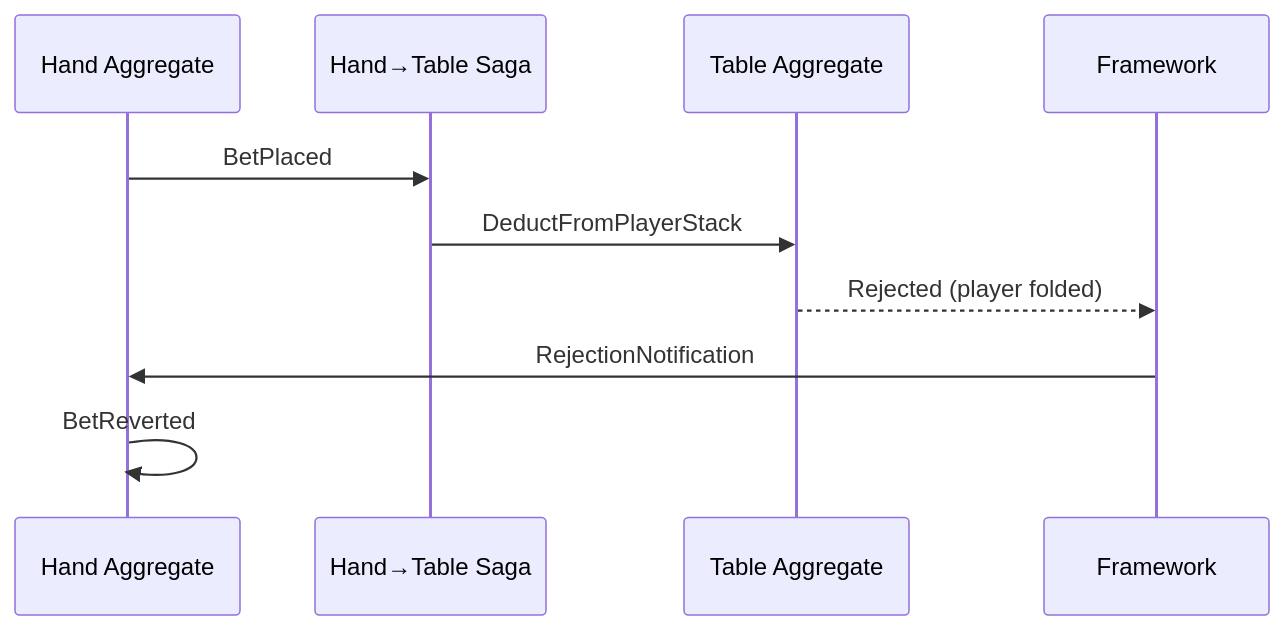
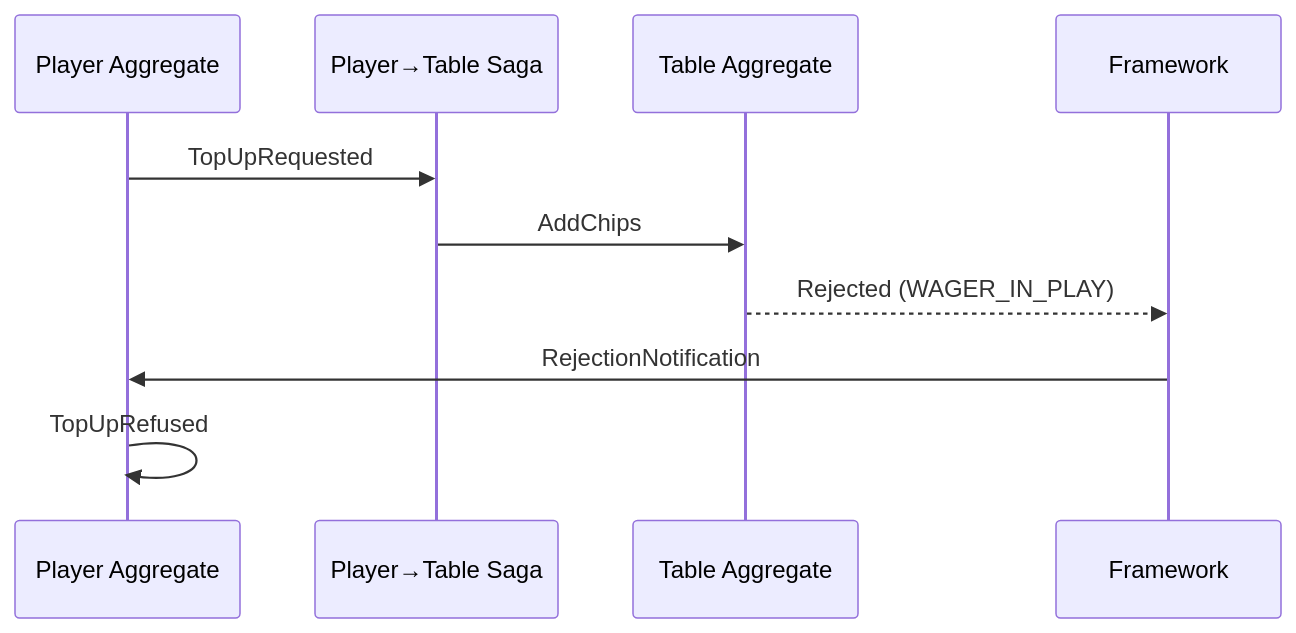
The diagram in site/src/content/docs/features/compensation.mdx (angzarr-io/angzarr-project), drawn with Mermaid before and after one commit. The commit also changed other lines of this file and 30 other files, not shown here.

````diff
--- a/site/src/content/docs/features/compensation.mdx
+++ b/site/src/content/docs/features/compensation.mdx
@@ -34,13 +34,13 @@
 ```mermaid
 sequenceDiagram
-    participant Hand as Hand Aggregate
-    participant Saga as Hand→Table Saga
+    participant Player as Player Aggregate
+    participant Saga as Player→Table Saga
     participant Table as Table Aggregate
     participant FW as Framework
 
-    Hand->>Saga: BetPlaced
-    Saga->>Table: DeductFromPlayerStack
-    Table-->>FW: Rejected (player folded)
-    FW->>Hand: RejectionNotification
-    Hand->>Hand: BetReverted
+    Player->>Saga: TopUpRequested
+    Saga->>Table: AddChips
+    Table-->>FW: Rejected (WAGER_IN_PLAY)
+    FW->>Player: RejectionNotification
+    Player->>Player: TopUpRefused
 ```
````
